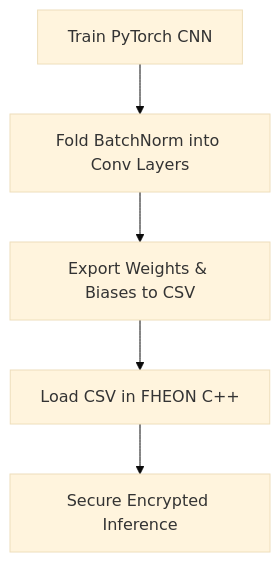
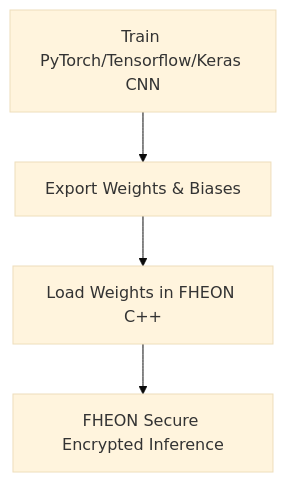
The diagram in README.md (stamcenter/fheon), drawn with Mermaid (base theme) before and after one commit. The commit also changed other lines of this file and 4 other files, not shown here.

````diff
--- a/README.md
+++ b/README.md
@@ -264,7 +262,7 @@
 ```mermaid
 graph TD
-    A[Train PyTorch CNN] --> B[Fold BatchNorm into Conv Layers]
-    B --> C[Export Weights & Biases to CSV]
-    C --> D[Load CSV in FHEON C++]
-    D --> E[Secure Encrypted Inference]
+    A[Train PyTorch/Tensorflow/Keras CNN] 
+    A --> B[Export Weights & Biases]
+    B --> C[Load Weights in FHEON C++]
+    C --> D[FHEON Secure Encrypted Inference]
 ```
````
